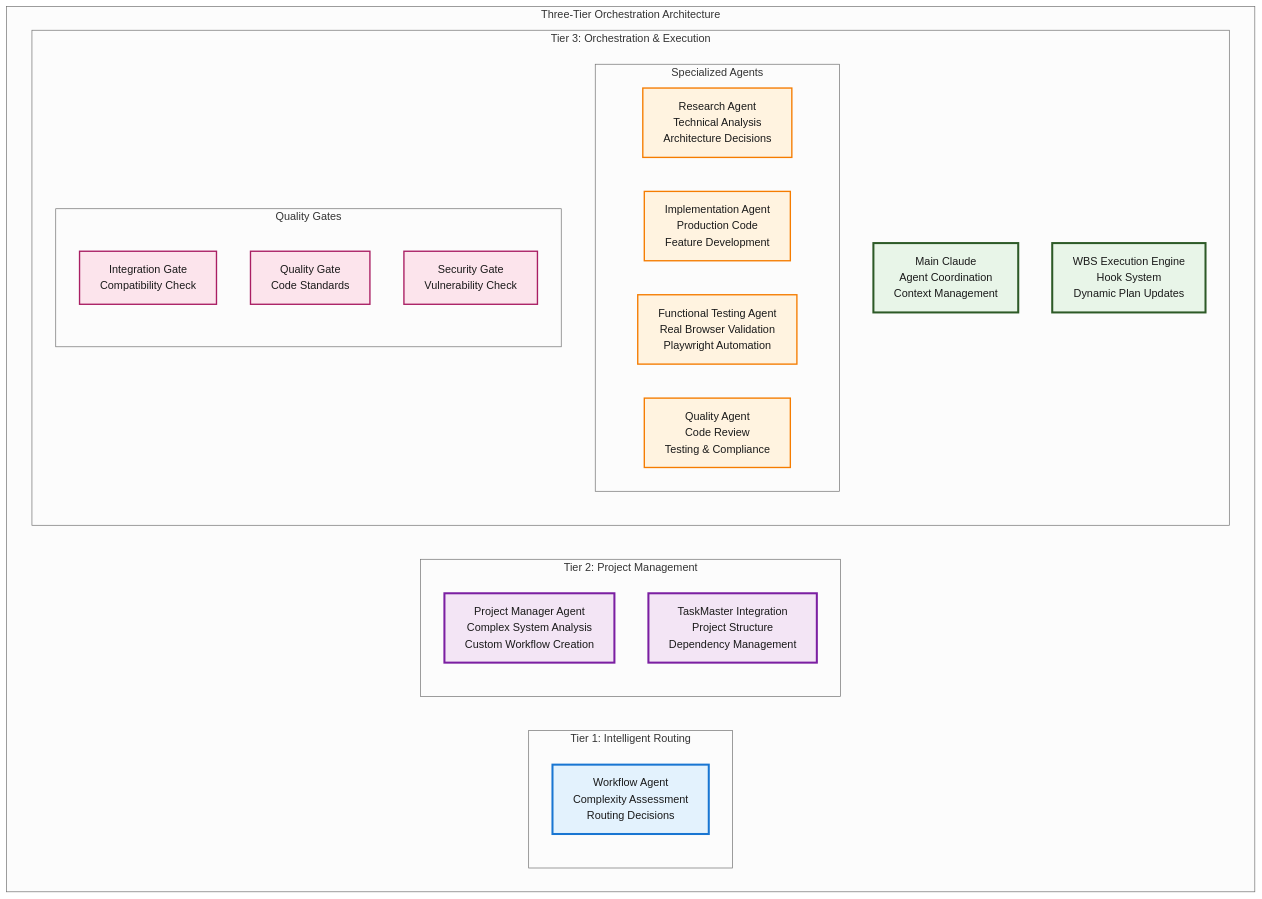
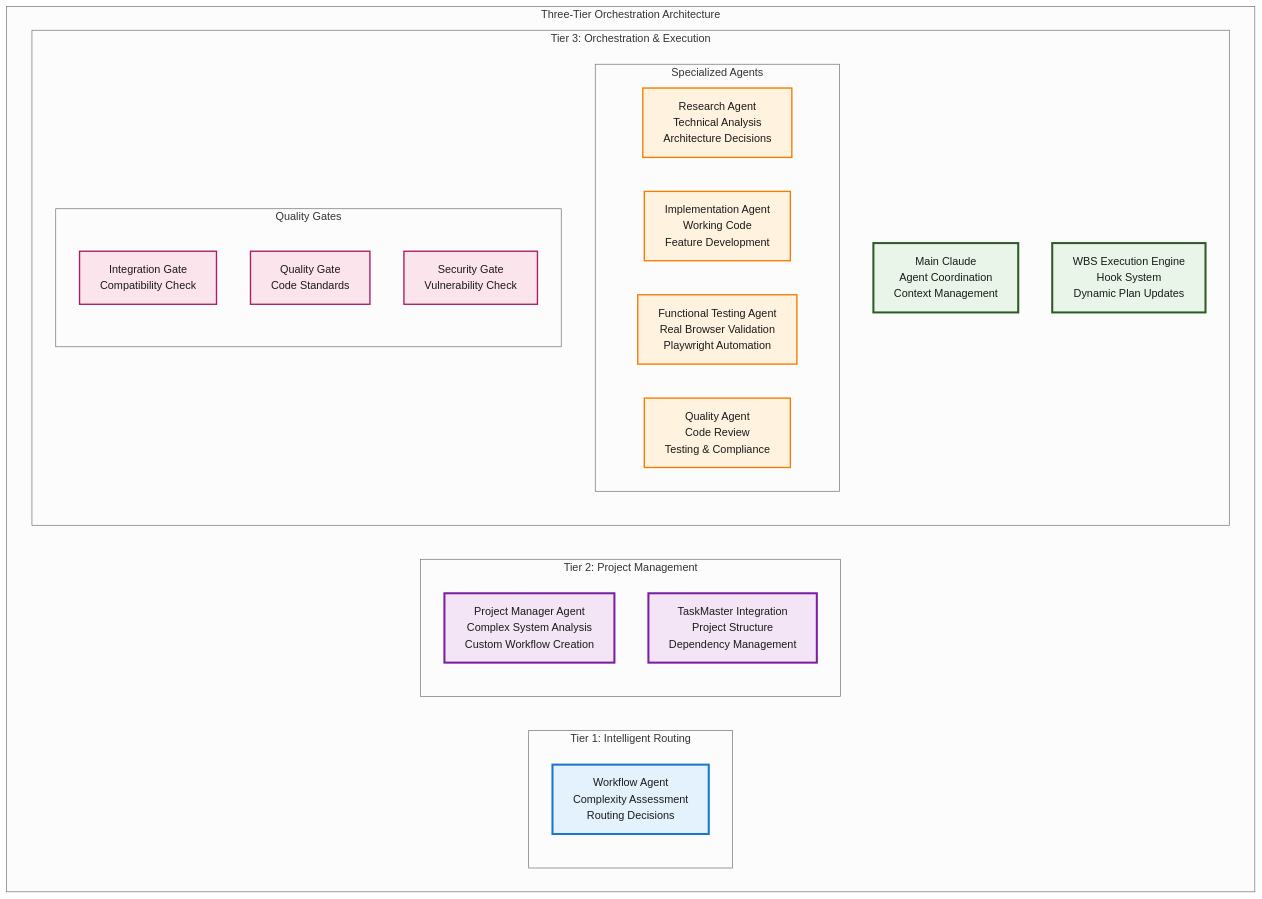
The first of 2 diagrams in README.md (vanzan01/claude-code-sub-agent-collective), drawn with Mermaid (neutral theme) before and after one commit. The commit also changed other lines of this file, not shown here.

````diff
--- a/README.md
+++ b/README.md
@@ -64,43 +103,43 @@
 ```mermaid
 graph TB
     subgraph "Three-Tier Orchestration Architecture"
         subgraph "Tier 1: Intelligent Routing"
             WA[Workflow Agent<br/>Complexity Assessment<br/>Routing Decisions]
         end
         
         subgraph "Tier 2: Project Management"  
             PM[Project Manager Agent<br/>Complex System Analysis<br/>Custom Workflow Creation]
             TM[TaskMaster Integration<br/>Project Structure<br/>Dependency Management]
         end
         
         subgraph "Tier 3: Orchestration & Execution"
             MC[Main Claude<br/>Agent Coordination<br/>Context Management]
             WBS[WBS Execution Engine<br/>Hook System<br/>Dynamic Plan Updates]
             
             subgraph "Specialized Agents"
                 Research[Research Agent<br/>Technical Analysis<br/>Architecture Decisions]
-                Implementation[Implementation Agent<br/>Production Code<br/>Feature Development]
+                Implementation[Implementation Agent<br/>Working Code<br/>Feature Development]
                 FuncTest[Functional Testing Agent<br/>Real Browser Validation<br/>Playwright Automation]
                 Quality[Quality Agent<br/>Code Review<br/>Testing & Compliance]
             end
             
             subgraph "Quality Gates"
                 IntegrationGate[Integration Gate<br/>Compatibility Check]
                 QualityGate[Quality Gate<br/>Code Standards]
                 SecurityGate[Security Gate<br/>Vulnerability Check]
             end
         end
     end
     
     classDef tier1 fill:#e3f2fd,stroke:#1976d2,stroke-width:3px,color:#1a1a1a
     classDef tier2 fill:#f3e5f5,stroke:#7b1fa2,stroke-width:3px,color:#1a1a1a
     classDef tier3 fill:#e8f5e8,stroke:#2d5a27,stroke-width:3px,color:#1a1a1a
     classDef agent fill:#fff3e0,stroke:#f57c00,stroke-width:2px,color:#1a1a1a
     classDef gate fill:#fce4ec,stroke:#a91e63,stroke-width:2px,color:#1a1a1a
     
     class WA tier1
     class PM,TM tier2
     class MC,WBS tier3
     class Research,Implementation,FuncTest,Quality agent
     class IntegrationGate,QualityGate,SecurityGate gate
 ```
````
